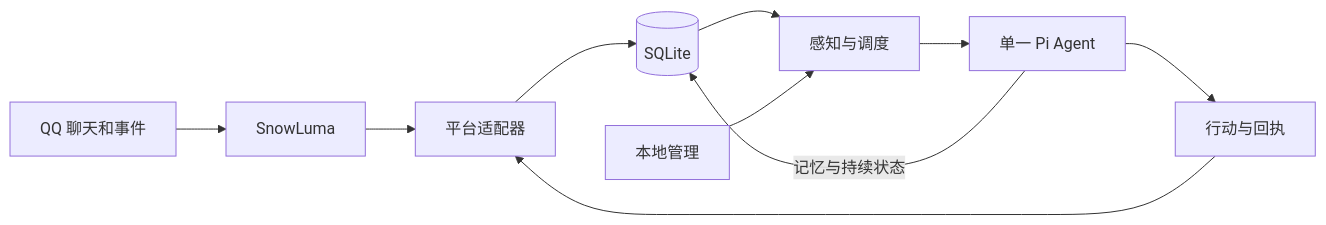
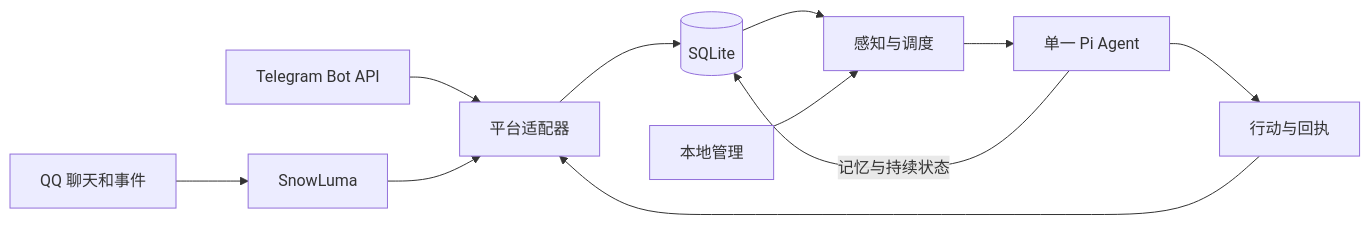
The diagram in README.zh.md (dixiatielu/Qiuyue-Digital-Life), drawn with Mermaid before and after one commit. The commit also changed other lines of this file and 16 other files, not shown here.

````diff
--- a/README.zh.md
+++ b/README.zh.md
@@ -112,12 +112,13 @@
 ```mermaid
 flowchart LR
   QQ[QQ 聊天和事件] --> SL[SnowLuma]
-  SL --> AP[平台适配器]
+  TG[Telegram Bot API] --> AP[平台适配器]
+  SL --> AP
   AP --> DB[(SQLite)]
   DB --> RT[感知与调度]
   RT --> PI[单一 Pi Agent]
   PI -->|记忆与持续状态| DB
   PI --> Tools[行动与回执]
   Tools --> AP
   CLI[本地管理] --> RT
 ```
````
